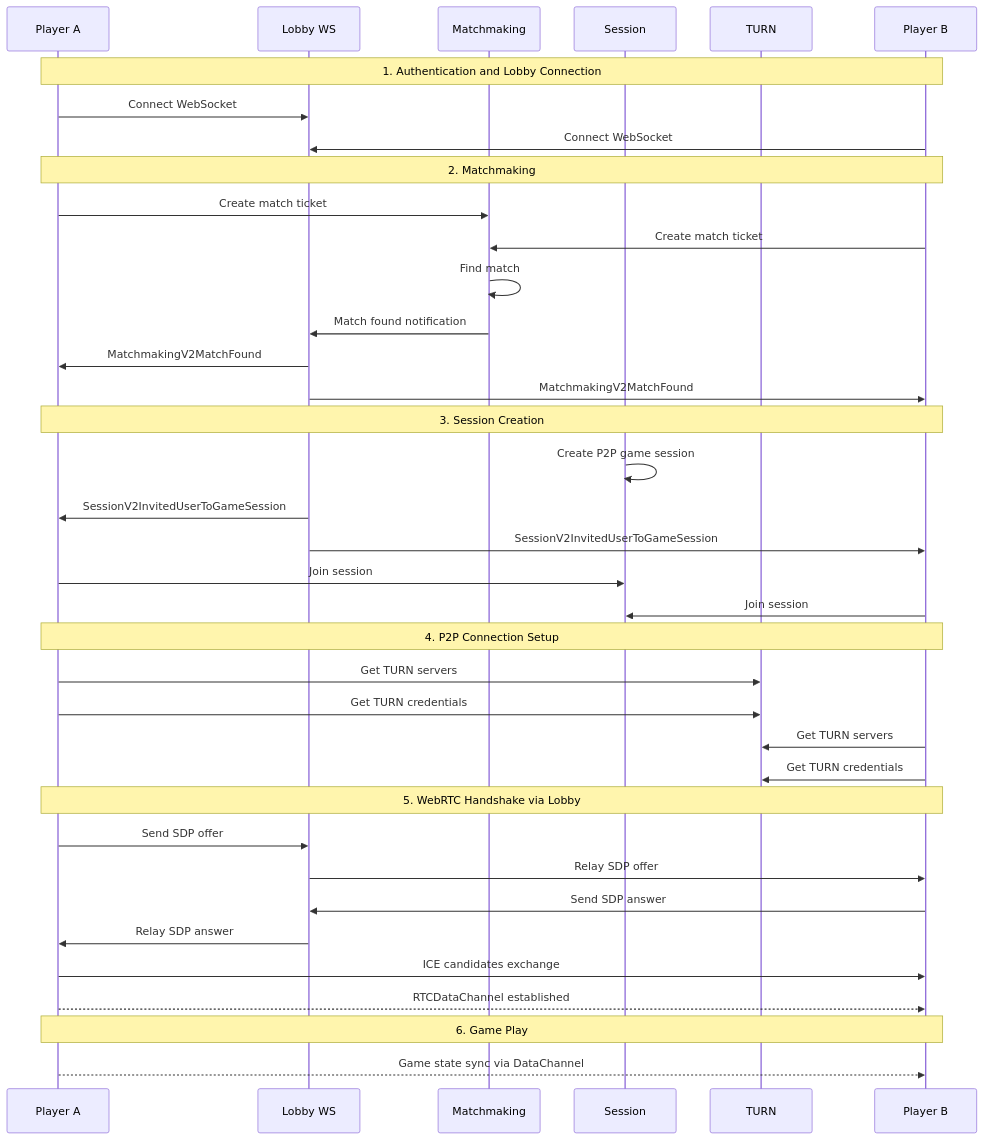
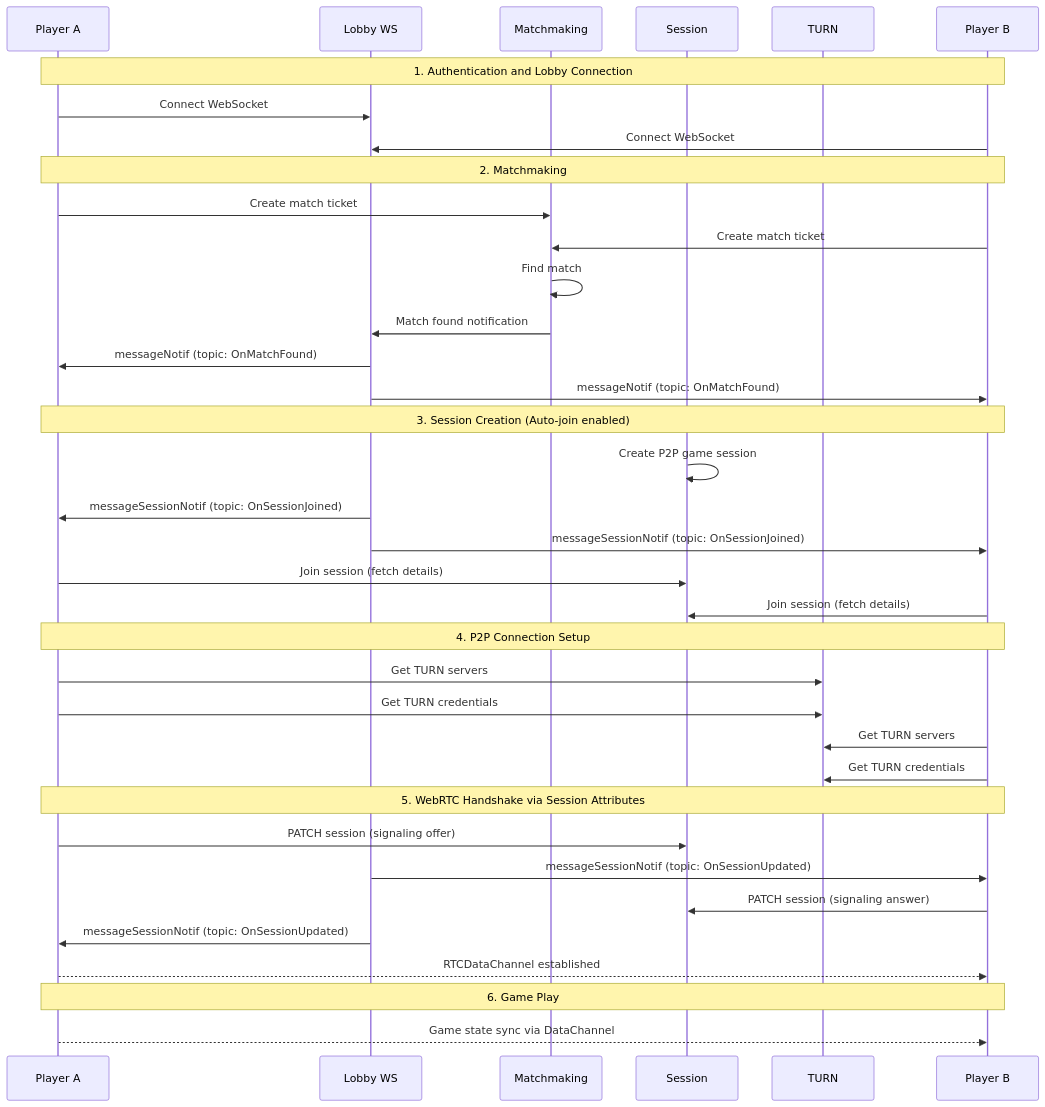
The third of 3 diagrams in docs/pong-game-tech-spec.md (anggorodewanto/extend-pong), drawn with Mermaid before and after one commit. The commit also changed other lines of this file and 4 other files, not shown here.

Commit message:
working matchmaking flow

````diff
--- a/docs/pong-game-tech-spec.md
+++ b/docs/pong-game-tech-spec.md
@@ -268,45 +268,44 @@
 ```mermaid
 sequenceDiagram
     participant A as Player A
     participant L as Lobby WS
     participant M as Matchmaking
     participant S as Session
     participant T as TURN
     participant B as Player B
 
     Note over A,B: 1. Authentication and Lobby Connection
     A->>L: Connect WebSocket
     B->>L: Connect WebSocket
 
     Note over A,B: 2. Matchmaking
     A->>M: Create match ticket
     B->>M: Create match ticket
     M->>M: Find match
     M->>L: Match found notification
-    L->>A: MatchmakingV2MatchFound
-    L->>B: MatchmakingV2MatchFound
+    L->>A: messageNotif (topic: OnMatchFound)
+    L->>B: messageNotif (topic: OnMatchFound)
 
-    Note over A,B: 3. Session Creation
+    Note over A,B: 3. Session Creation (Auto-join enabled)
     S->>S: Create P2P game session
-    L->>A: SessionV2InvitedUserToGameSession
-    L->>B: SessionV2InvitedUserToGameSession
-    A->>S: Join session
-    B->>S: Join session
+    L->>A: messageSessionNotif (topic: OnSessionJoined)
+    L->>B: messageSessionNotif (topic: OnSessionJoined)
+    A->>S: Join session (fetch details)
+    B->>S: Join session (fetch details)
 
     Note over A,B: 4. P2P Connection Setup
     A->>T: Get TURN servers
     A->>T: Get TURN credentials
     B->>T: Get TURN servers
     B->>T: Get TURN credentials
 
-    Note over A,B: 5. WebRTC Handshake via Lobby
-    A->>L: Send SDP offer
-    L->>B: Relay SDP offer
-    B->>L: Send SDP answer
-    L->>A: Relay SDP answer
-    A->>B: ICE candidates exchange
+    Note over A,B: 5. WebRTC Handshake via Session Attributes
+    A->>S: PATCH session (signaling offer)
+    L->>B: messageSessionNotif (topic: OnSessionUpdated)
+    B->>S: PATCH session (signaling answer)
+    L->>A: messageSessionNotif (topic: OnSessionUpdated)
     A-->>B: RTCDataChannel established
 
     Note over A,B: 6. Game Play
     A-->>B: Game state sync via DataChannel
 ```
````
